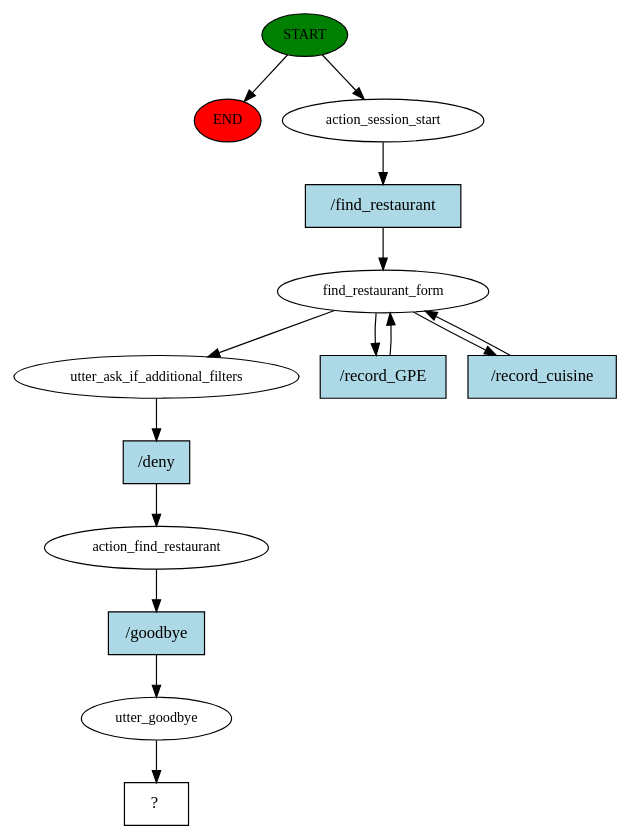
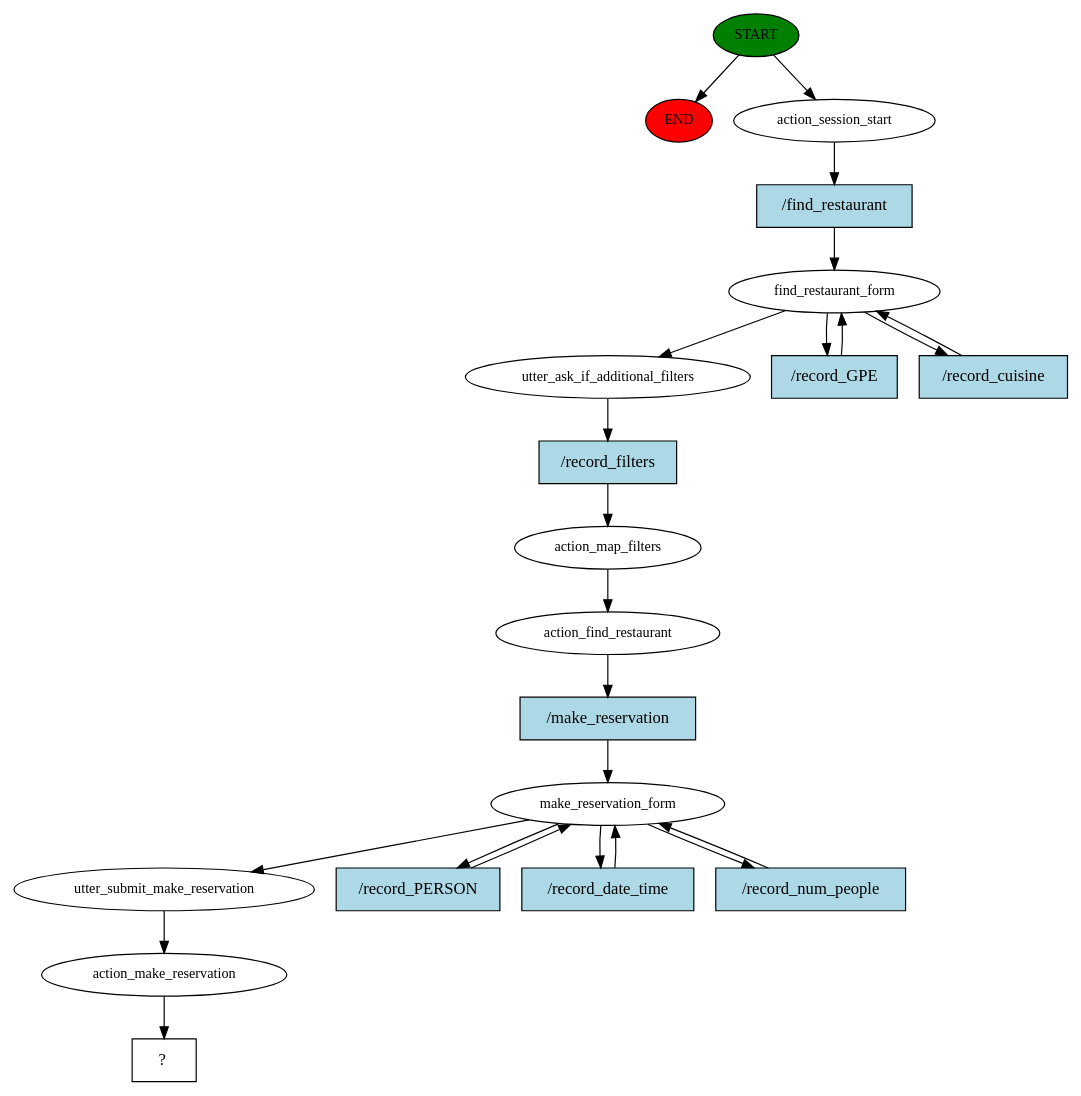
One commit to AsiaSzych/IU_Voice_Assistants changed the diagram in rasa_chatbot/story_graph.dot. Above: the diagram before and after it, drawn with Graphviz. The commit also changed 5 other files, not shown here.

```diff
--- a/rasa_chatbot/story_graph.dot
+++ b/rasa_chatbot/story_graph.dot
@@ -1,29 +1,44 @@
 digraph  {
 0 [class="start active", fillcolor=green, fontsize=12, label=START, style=filled];
 "-1" [class=end, fillcolor=red, fontsize=12, label=END, style=filled];
 1 [class=active, fontsize=12, label=action_session_start];
 2 [class=active, fontsize=12, label=find_restaurant_form];
-7 [class=active, fontsize=12, label=utter_ask_if_additional_filters];
-8 [class=active, fontsize=12, label=action_find_restaurant];
-9 [class=active, fontsize=12, label=utter_goodbye];
-10 [class="intent dashed active", label="  ?  ", shape=rect];
-11 [class="intent active", fillcolor=lightblue, label="/find_restaurant", shape=rect, style=filled];
-12 [class="intent active", fillcolor=lightblue, label="/record_GPE", shape=rect, style=filled];
-13 [class="intent active", fillcolor=lightblue, label="/record_cuisine", shape=rect, style=filled];
-14 [class="intent active", fillcolor=lightblue, label="/deny", shape=rect, style=filled];
-15 [class="intent active", fillcolor=lightblue, label="/goodbye", shape=rect, style=filled];
+5 [class=active, fontsize=12, label=utter_ask_if_additional_filters];
+6 [class=active, fontsize=12, label=action_map_filters];
+7 [class=active, fontsize=12, label=action_find_restaurant];
+8 [class=active, fontsize=12, label=make_reservation_form];
+12 [class=active, fontsize=12, label=utter_submit_make_reservation];
+13 [class=active, fontsize=12, label=action_make_reservation];
+14 [class="intent dashed active", label="  ?  ", shape=rect];
+15 [class="intent active", fillcolor=lightblue, label="/find_restaurant", shape=rect, style=filled];
+16 [class="intent active", fillcolor=lightblue, label="/record_GPE", shape=rect, style=filled];
+17 [class="intent active", fillcolor=lightblue, label="/record_cuisine", shape=rect, style=filled];
+18 [class="intent active", fillcolor=lightblue, label="/record_filters", shape=rect, style=filled];
+19 [class="intent active", fillcolor=lightblue, label="/make_reservation", shape=rect, style=filled];
+20 [class="intent active", fillcolor=lightblue, label="/record_PERSON", shape=rect, style=filled];
+21 [class="intent active", fillcolor=lightblue, label="/record_date_time", shape=rect, style=filled];
+22 [class="intent active", fillcolor=lightblue, label="/record_num_people", shape=rect, style=filled];
 0 -> "-1"  [class="", key=NONE, label=""];
 0 -> 1  [class=active, key=NONE, label=""];
-1 -> 11  [class=active, key=0];
-2 -> 7  [class=active, key=NONE, label=""];
-2 -> 12  [class=active, key=0];
-2 -> 13  [class=active, key=0];
-7 -> 14  [class=active, key=0];
-8 -> 15  [class=active, key=0];
-9 -> 10  [class=active, key=NONE, label=""];
-11 -> 2  [class=active, key=0];
-12 -> 2  [class=active, key=0];
-13 -> 2  [class=active, key=0];
-14 -> 8  [class=active, key=0];
-15 -> 9  [class=active, key=0];
+1 -> 15  [class=active, key=0];
+2 -> 5  [class=active, key=NONE, label=""];
+2 -> 16  [class=active, key=0];
+2 -> 17  [class=active, key=0];
+5 -> 18  [class=active, key=0];
+6 -> 7  [class=active, key=NONE, label=""];
+7 -> 19  [class=active, key=0];
+8 -> 12  [class=active, key=NONE, label=""];
+8 -> 20  [class=active, key=0];
+8 -> 21  [class=active, key=0];
+8 -> 22  [class=active, key=0];
+12 -> 13  [class=active, key=NONE, label=""];
+13 -> 14  [class=active, key=NONE, label=""];
+15 -> 2  [class=active, key=0];
+16 -> 2  [class=active, key=0];
+17 -> 2  [class=active, key=0];
+18 -> 6  [class=active, key=0];
+19 -> 8  [class=active, key=0];
+20 -> 8  [class=active, key=0];
+21 -> 8  [class=active, key=0];
+22 -> 8  [class=active, key=0];
 }
```
